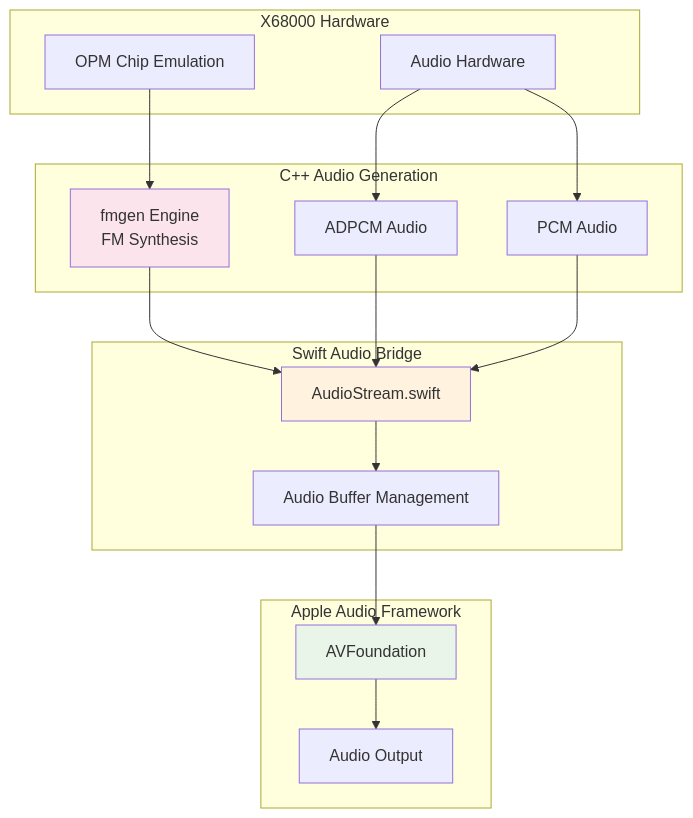
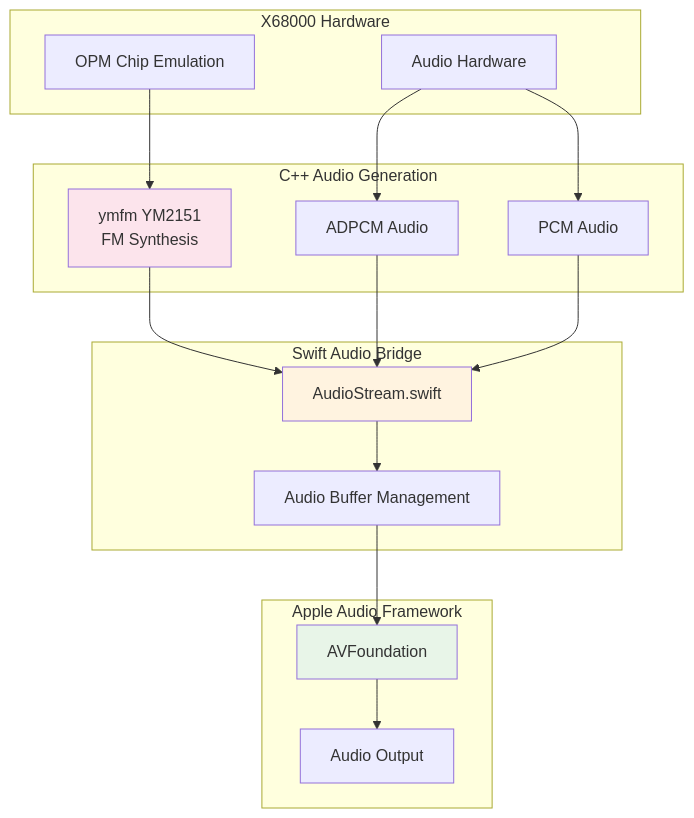
The fifth of 9 diagrams in ARCHITECTURE.md (masanaohayashi/MPX68K), drawn with Mermaid before and after one commit. The commit also changed other lines of this file and 14 other files, not shown here.

Commit message:
Use ymfm for low-latency X68000 audio

````diff
--- a/ARCHITECTURE.md
+++ b/ARCHITECTURE.md
@@ -168,39 +168,39 @@
 ```mermaid
 graph TB
     subgraph "C++ Audio Generation"
-        FMGen[fmgen Engine<br/>FM Synthesis]
+        YMFM[ymfm YM2151<br/>FM Synthesis]
         ADPCM[ADPCM Audio]
         PCM[PCM Audio]
     end
     
     subgraph "Swift Audio Bridge"
         AudioStream[AudioStream.swift]
         AudioBuffer[Audio Buffer Management]
     end
     
     subgraph "Apple Audio Framework"
         AVAudio[AVFoundation]
         AudioOutput[Audio Output]
     end
     
     subgraph "X68000 Hardware"
         OPM[OPM Chip Emulation]
         AudioHW[Audio Hardware]
     end
     
-    OPM --> FMGen
+    OPM --> YMFM
     AudioHW --> ADPCM
     AudioHW --> PCM
     
-    FMGen --> AudioStream
+    YMFM --> AudioStream
     ADPCM --> AudioStream
     PCM --> AudioStream
     
     AudioStream --> AudioBuffer
     AudioBuffer --> AVAudio
     AVAudio --> AudioOutput
     
-    style FMGen fill:#fce4ec
+    style YMFM fill:#fce4ec
     style AudioStream fill:#fff3e0
     style AVAudio fill:#e8f5e8
 ```
````
